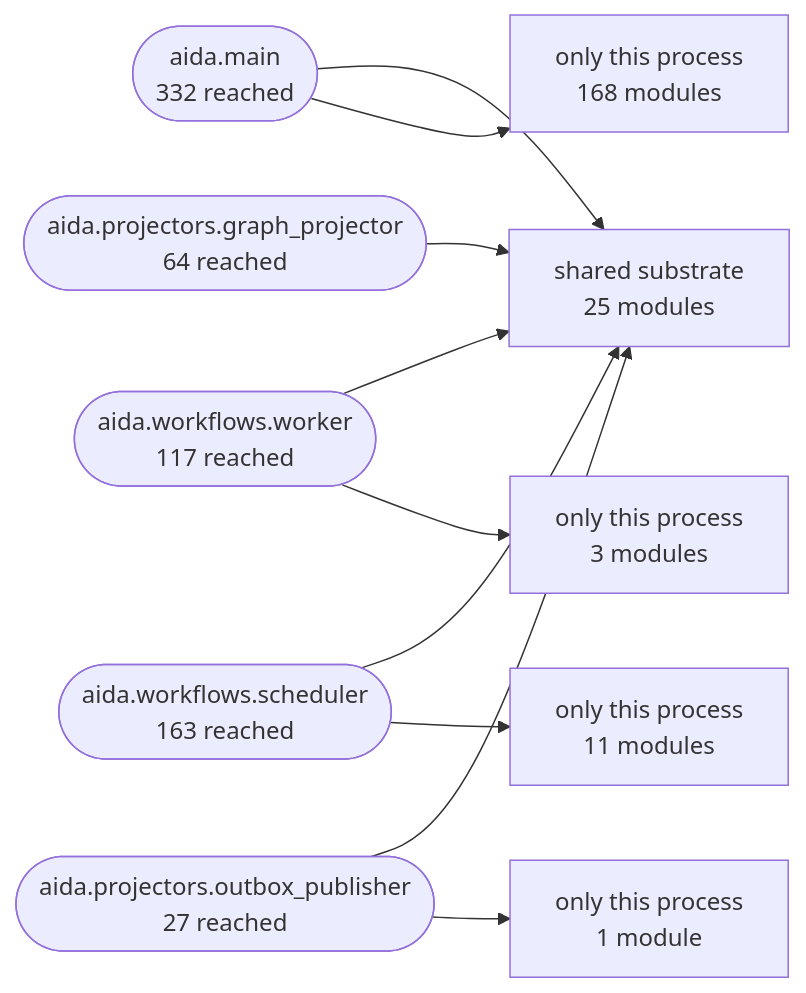
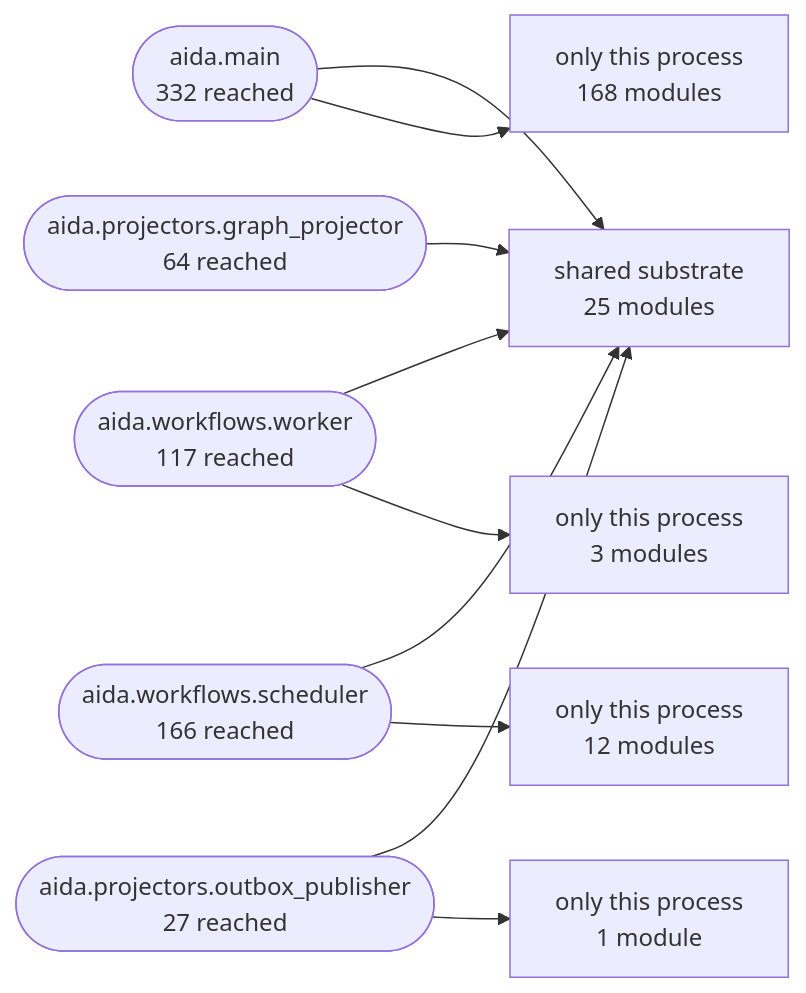
Before and after one commit to karuppusamym/AIDataAnalyst: the second of 3 diagrams in Docs/10-architecture/14-generated-architecture-map.md, drawn with Mermaid. The commit also changed other lines of this file and 10 other files, not shown here.

````diff
--- a/Docs/10-architecture/14-generated-architecture-map.md
+++ b/Docs/10-architecture/14-generated-architecture-map.md
@@ -172,22 +172,22 @@
 ```mermaid
 graph LR
   shared["shared substrate<br/>25 modules"]
   aida_main(["aida.main<br/>332 reached"])
   aida_workflows_worker(["aida.workflows.worker<br/>117 reached"])
-  aida_workflows_scheduler(["aida.workflows.scheduler<br/>163 reached"])
+  aida_workflows_scheduler(["aida.workflows.scheduler<br/>166 reached"])
   aida_projectors_graph_projector(["aida.projectors.graph_projector<br/>64 reached"])
   aida_projectors_outbox_publisher(["aida.projectors.outbox_publisher<br/>27 reached"])
   aida_main --> shared
   only_aida_main["only this process<br/>168 modules"]
   aida_main --> only_aida_main
   aida_workflows_worker --> shared
   only_aida_workflows_worker["only this process<br/>3 modules"]
   aida_workflows_worker --> only_aida_workflows_worker
   aida_workflows_scheduler --> shared
-  only_aida_workflows_scheduler["only this process<br/>11 modules"]
+  only_aida_workflows_scheduler["only this process<br/>12 modules"]
   aida_workflows_scheduler --> only_aida_workflows_scheduler
   aida_projectors_graph_projector --> shared
   aida_projectors_outbox_publisher --> shared
   only_aida_projectors_outbox_publisher["only this process<br/>1 module"]
   aida_projectors_outbox_publisher --> only_aida_projectors_outbox_publisher
 ```
````
